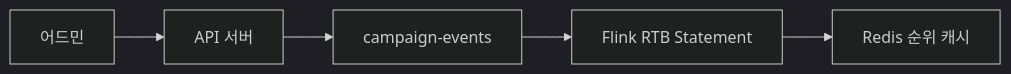
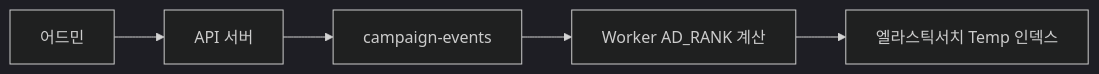
The first of 6 diagrams in docs/2. 설계/2-4. 광고_토픽_설계.md (smk692/advertisement-project), drawn with Mermaid (dark theme) before and after one commit. The commit also changed other lines of this file and 15 other files, not shown here.

````diff
--- a/docs/2. 설계/2-4. 광고_토픽_설계.md
+++ b/docs/2. 설계/2-4. 광고_토픽_설계.md
@@ -203,7 +268,7 @@
 ```mermaid
 graph LR
     Admin[어드민] --> API[API 서버]
     API --> K1[campaign-events]
-    K1 --> F1[Flink RTB Statement]
-    F1 --> R1[Redis 순위 캐시]
+    K1 --> W1[Worker AD_RANK 계산]
+    W1 --> ES1[엘라스틱서치 Temp 인덱스]
 ```
````
